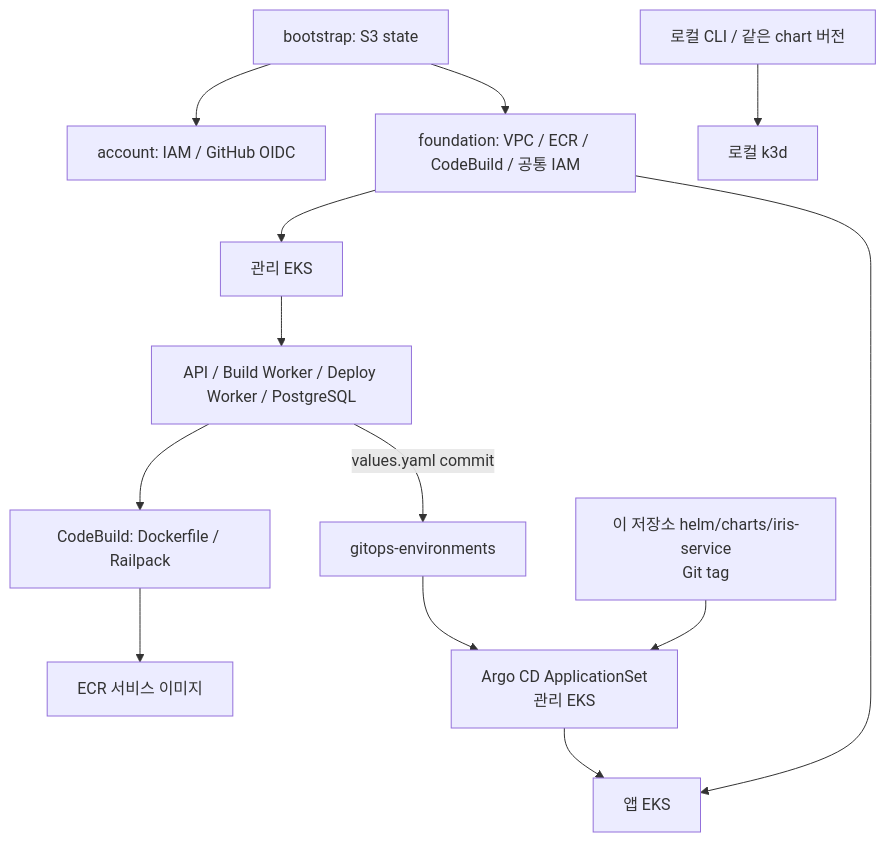
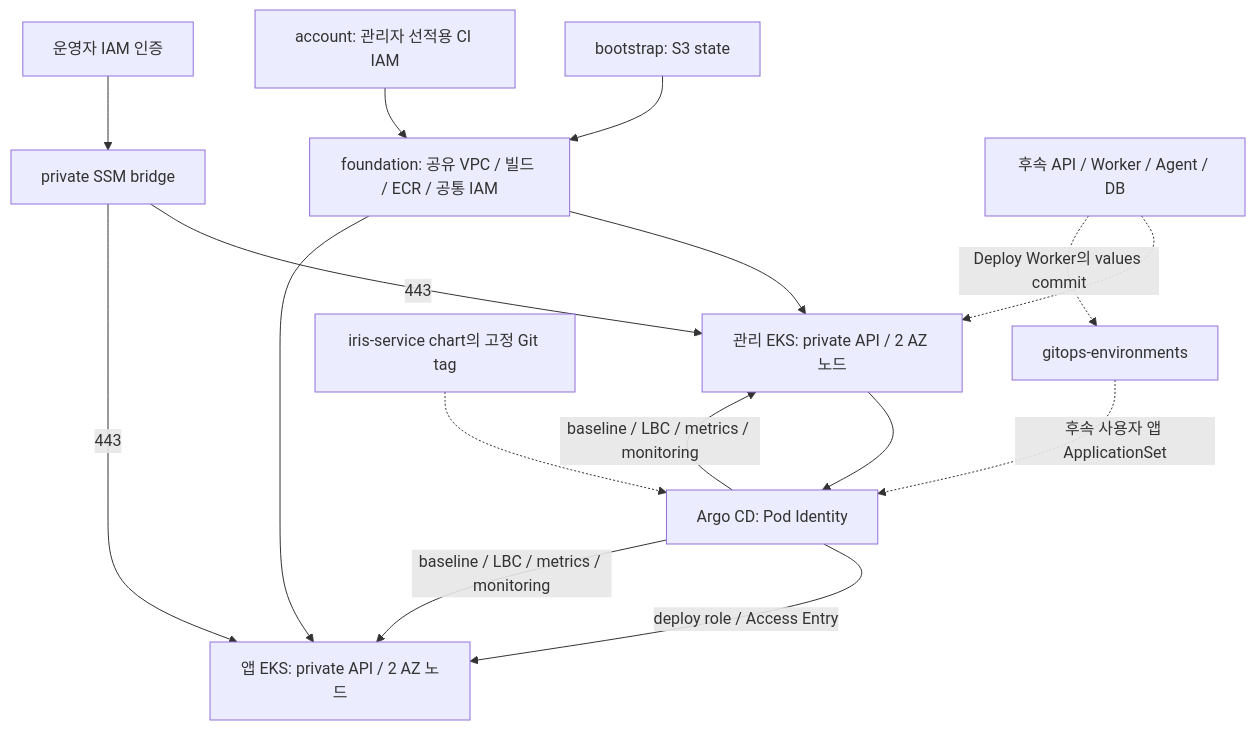
The diagram in docs/architecture.md (2026-softbank-1/iris-infra), drawn with Mermaid before and after one commit. The commit also changed other lines of this file and 94 other files, not shown here.

Commit message:
feat(eks): add private clusters and GitOps addon bootstrap

````diff
--- a/docs/architecture.md
+++ b/docs/architecture.md
@@ -8,15 +5,18 @@
 ```mermaid
 flowchart TD
-  Bootstrap[bootstrap: S3 state] --> Account[account: IAM / GitHub OIDC]
-  Bootstrap --> Foundation[foundation: VPC / ECR / CodeBuild / 공통 IAM]
-  Foundation --> Management[관리 EKS]
-  Foundation --> Workload[앱 EKS]
-  Management --> Platform[API / Build Worker / Deploy Worker / PostgreSQL]
-  Platform --> Build[CodeBuild: Dockerfile / Railpack]
-  Build --> ECR[ECR 서비스 이미지]
-  Platform -->|values.yaml commit| GitOps[gitops-environments]
-  Chart[이 저장소 helm/charts/iris-service<br/>Git tag] --> Argo[Argo CD ApplicationSet<br/>관리 EKS]
-  GitOps --> Argo
-  Argo --> Workload
-  CLI[로컬 CLI / 같은 chart 버전] --> Local[로컬 k3d]
+  S[bootstrap: S3 state] --> F[foundation: 공유 VPC / 빌드 / ECR / 공통 IAM]
+  A[account: 관리자 선적용 CI IAM] --> F
+  F --> M[관리 EKS: private API / 2 AZ 노드]
+  F --> W[앱 EKS: private API / 2 AZ 노드]
+  O[운영자 IAM 인증] --> B[private SSM bridge]
+  B -->|443| M
+  B -->|443| W
+  M --> G[Argo CD: Pod Identity]
+  G -->|deploy role / Access Entry| W
+  G -->|baseline / LBC / metrics / monitoring| M
+  G -->|baseline / LBC / metrics / monitoring| W
+  P[후속 API / Worker / Agent / DB] -.-> M
+  P -.->|Deploy Worker의 values commit| V[gitops-environments]
+  C[iris-service chart의 고정 Git tag] -.-> G
+  V -.->|후속 사용자 앱 ApplicationSet| G
 ```
````
